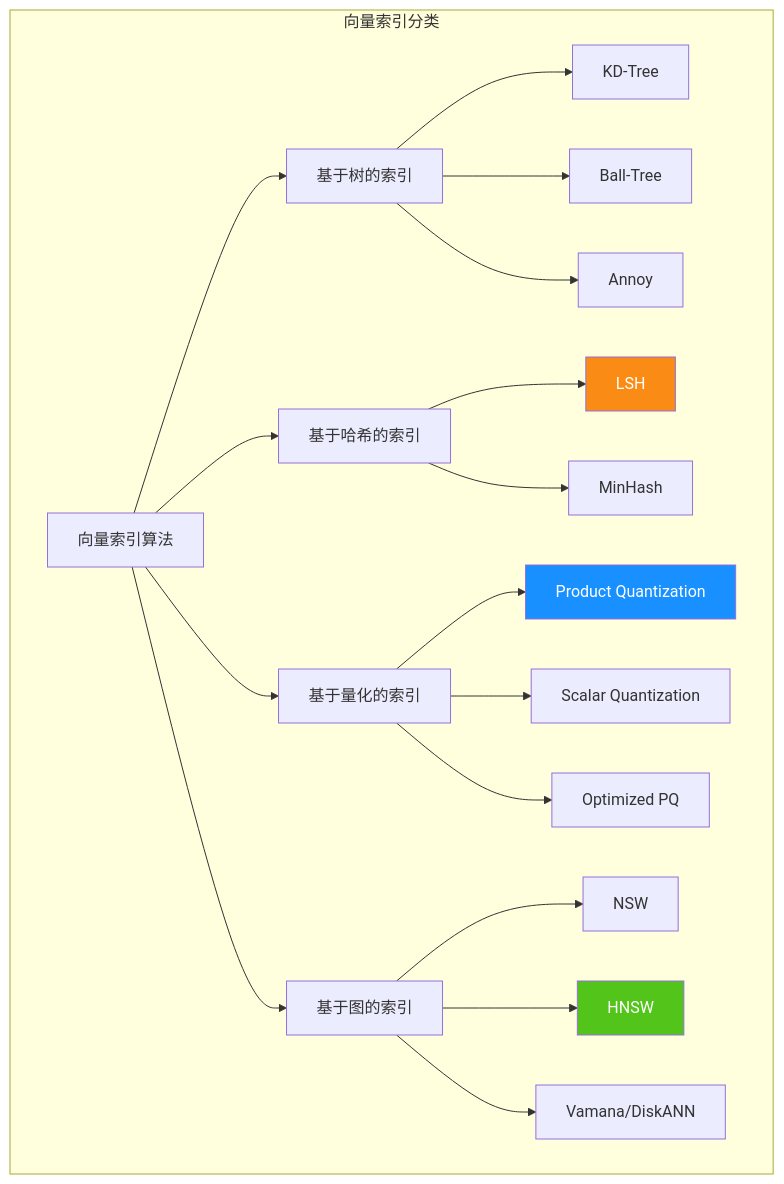
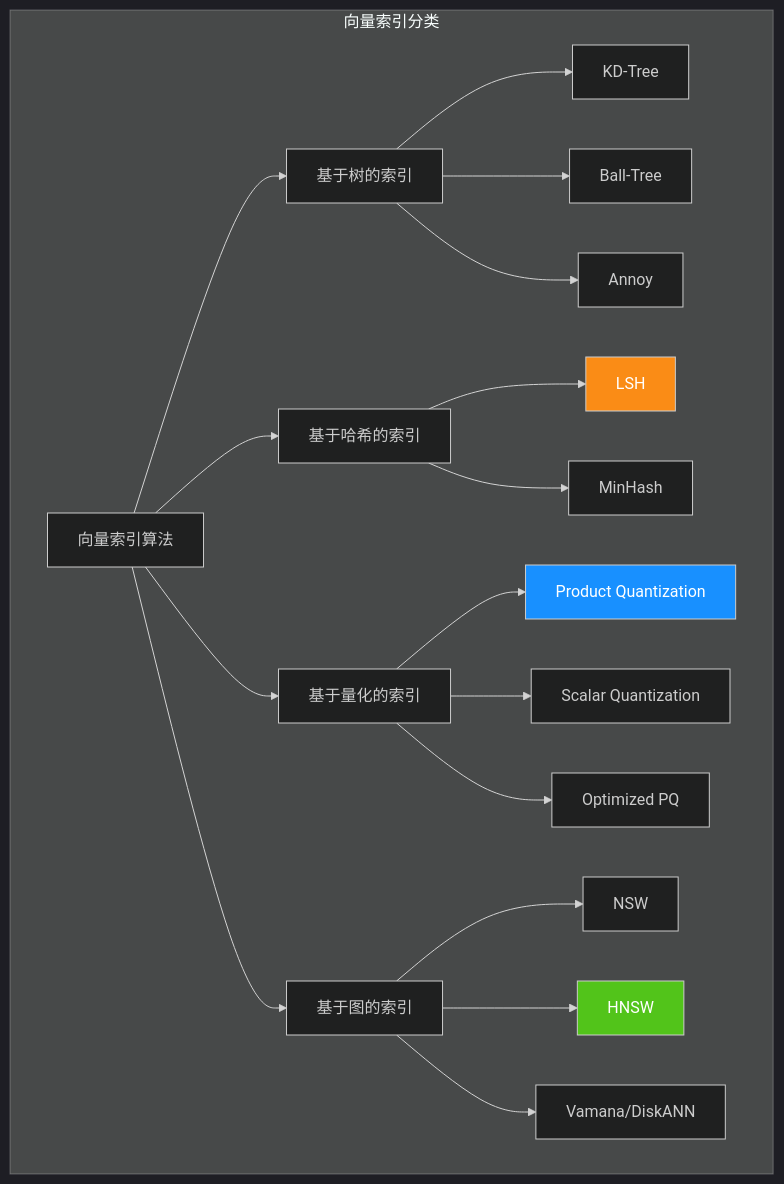
Before and after one commit to ThreeFish-AI/agentic-ai-cognizes: the sixth of 42 diagrams in docs/research/003-vector-search-algorithm.md, drawn with Mermaid. The commit also changed other lines of this file, not shown here.

First line of the commit message:
docs(Research): 完善 Mermaid 图表样式与主题配置;

````diff
--- a/docs/research/003-vector-search-algorithm.md
+++ b/docs/research/003-vector-search-algorithm.md
@@ -262,30 +268,31 @@
 ```mermaid
+%%{init: {'theme': 'dark'}}%%
 graph TB
     subgraph "向量索引分类"
         ROOT[向量索引算法]
 
         ROOT --> TREE[基于树的索引]
         ROOT --> HASH[基于哈希的索引]
         ROOT --> QUANT[基于量化的索引]
         ROOT --> GRAPH[基于图的索引]
 
         TREE --> KD[KD-Tree]
         TREE --> BALL[Ball-Tree]
         TREE --> ANNOY[Annoy]
 
         HASH --> LSH[LSH]
         HASH --> MINHASH[MinHash]
 
         QUANT --> PQ[Product Quantization]
         QUANT --> SQ[Scalar Quantization]
         QUANT --> OPQ[Optimized PQ]
 
         GRAPH --> NSW[NSW]
         GRAPH --> HNSW[HNSW]
         GRAPH --> VAMANA[Vamana/DiskANN]
     end
 
     style HNSW fill:#52c41a,color:#fff
     style PQ fill:#1890ff,color:#fff
     style LSH fill:#fa8c16,color:#fff
 ```
````
